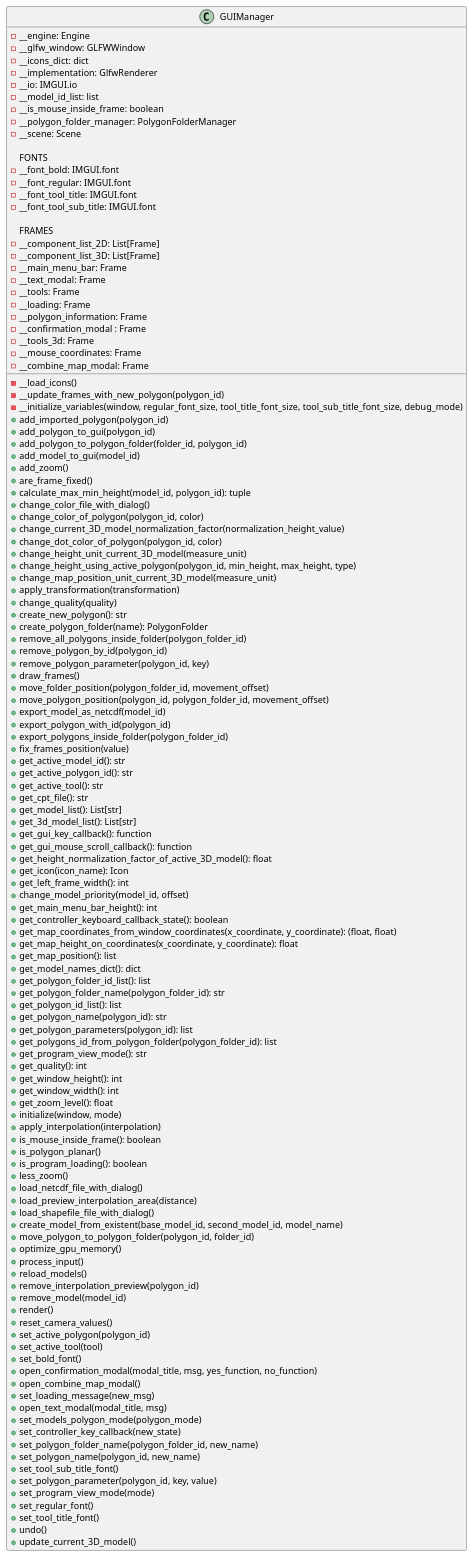
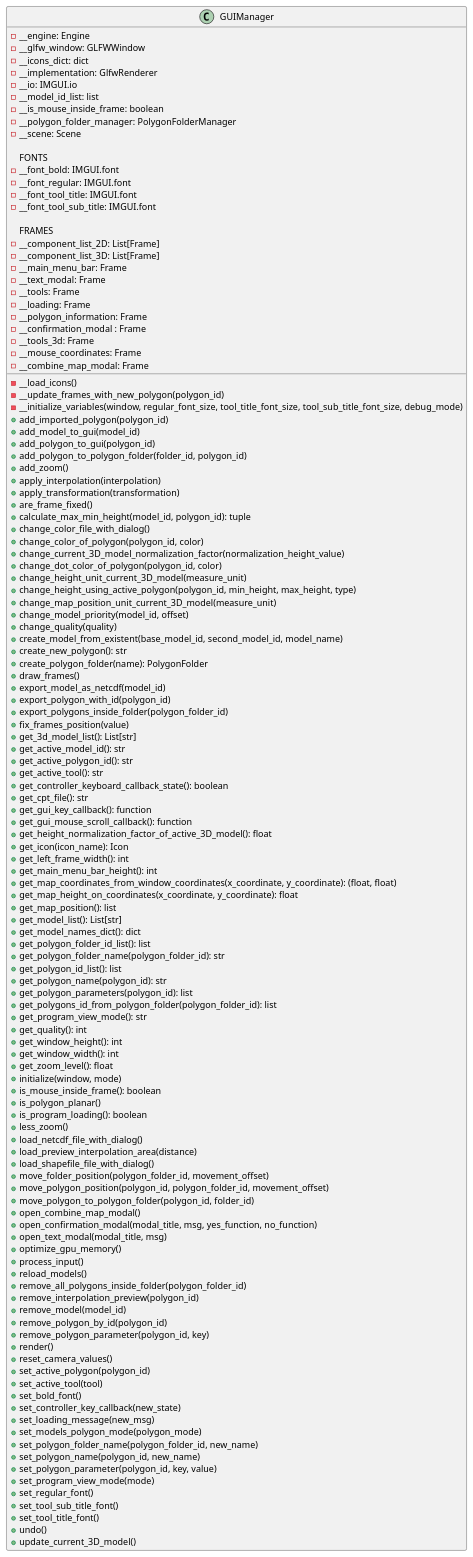
Before and after one commit to SergioAlvarezM/Proyecto_de_Memoria: the diagram in docs/classes/GUIManager.puml, drawn with PlantUML. The commit also changed other lines of this file and 5 other files, not shown here.

```diff
--- a/docs/classes/GUIManager.puml
+++ b/docs/classes/GUIManager.puml
@@ -1,130 +1,130 @@
 @startuml
 'https://plantuml.com/class-diagram
 class GUIManager{
     - __engine: Engine
     - __glfw_window: GLFWWindow
     - __icons_dict: dict
     - __implementation: GlfwRenderer
     - __io: IMGUI.io
     - __model_id_list: list
     - __is_mouse_inside_frame: boolean
     - __polygon_folder_manager: PolygonFolderManager
     - __scene: Scene
 
     FONTS
     - __font_bold: IMGUI.font
     - __font_regular: IMGUI.font
     - __font_tool_title: IMGUI.font
     - __font_tool_sub_title: IMGUI.font
 
     FRAMES
     - __component_list_2D: List[Frame]
     - __component_list_3D: List[Frame]
     - __main_menu_bar: Frame
     - __text_modal: Frame
     - __tools: Frame
     - __loading: Frame
     - __polygon_information: Frame
     - __confirmation_modal : Frame
     - __tools_3d: Frame
     - __mouse_coordinates: Frame
     - __combine_map_modal: Frame
 
     - __load_icons()
     - __update_frames_with_new_polygon(polygon_id)
     - __initialize_variables(window, regular_font_size, tool_title_font_size, tool_sub_title_font_size, debug_mode)
     + add_imported_polygon(polygon_id)
+    + add_model_to_gui(model_id)
     + add_polygon_to_gui(polygon_id)
     + add_polygon_to_polygon_folder(folder_id, polygon_id)
-    + add_model_to_gui(model_id)
     + add_zoom()
+    + apply_interpolation(interpolation)
+    + apply_transformation(transformation)
     + are_frame_fixed()
     + calculate_max_min_height(model_id, polygon_id): tuple
     + change_color_file_with_dialog()
     + change_color_of_polygon(polygon_id, color)
     + change_current_3D_model_normalization_factor(normalization_height_value)
     + change_dot_color_of_polygon(polygon_id, color)
     + change_height_unit_current_3D_model(measure_unit)
     + change_height_using_active_polygon(polygon_id, min_height, max_height, type)
     + change_map_position_unit_current_3D_model(measure_unit)
-    + apply_transformation(transformation)
+    + change_model_priority(model_id, offset)
     + change_quality(quality)
+    + create_model_from_existent(base_model_id, second_model_id, model_name)
     + create_new_polygon(): str
     + create_polygon_folder(name): PolygonFolder
-    + remove_all_polygons_inside_folder(polygon_folder_id)
-    + remove_polygon_by_id(polygon_id)
-    + remove_polygon_parameter(polygon_id, key)
     + draw_frames()
-    + move_folder_position(polygon_folder_id, movement_offset)
-    + move_polygon_position(polygon_id, polygon_folder_id, movement_offset)
     + export_model_as_netcdf(model_id)
     + export_polygon_with_id(polygon_id)
     + export_polygons_inside_folder(polygon_folder_id)
     + fix_frames_position(value)
+    + get_3d_model_list(): List[str]
     + get_active_model_id(): str
     + get_active_polygon_id(): str
     + get_active_tool(): str
+    + get_controller_keyboard_callback_state(): boolean
     + get_cpt_file(): str
-    + get_model_list(): List[str]
-    + get_3d_model_list(): List[str]
     + get_gui_key_callback(): function
     + get_gui_mouse_scroll_callback(): function
     + get_height_normalization_factor_of_active_3D_model(): float
     + get_icon(icon_name): Icon
     + get_left_frame_width(): int
-    + change_model_priority(model_id, offset)
     + get_main_menu_bar_height(): int
-    + get_controller_keyboard_callback_state(): boolean
     + get_map_coordinates_from_window_coordinates(x_coordinate, y_coordinate): (float, float)
     + get_map_height_on_coordinates(x_coordinate, y_coordinate): float
     + get_map_position(): list
+    + get_model_list(): List[str]
     + get_model_names_dict(): dict
     + get_polygon_folder_id_list(): list
     + get_polygon_folder_name(polygon_folder_id): str
     + get_polygon_id_list(): list
     + get_polygon_name(polygon_id): str
     + get_polygon_parameters(polygon_id): list
     + get_polygons_id_from_polygon_folder(polygon_folder_id): list
     + get_program_view_mode(): str
     + get_quality(): int
     + get_window_height(): int
     + get_window_width(): int
     + get_zoom_level(): float
     + initialize(window, mode)
-    + apply_interpolation(interpolation)
     + is_mouse_inside_frame(): boolean
     + is_polygon_planar()
     + is_program_loading(): boolean
     + less_zoom()
     + load_netcdf_file_with_dialog()
     + load_preview_interpolation_area(distance)
     + load_shapefile_file_with_dialog()
-    + create_model_from_existent(base_model_id, second_model_id, model_name)
+    + move_folder_position(polygon_folder_id, movement_offset)
+    + move_polygon_position(polygon_id, polygon_folder_id, movement_offset)
     + move_polygon_to_polygon_folder(polygon_id, folder_id)
+    + open_combine_map_modal()
+    + open_confirmation_modal(modal_title, msg, yes_function, no_function)
+    + open_text_modal(modal_title, msg)
     + optimize_gpu_memory()
     + process_input()
     + reload_models()
+    + remove_all_polygons_inside_folder(polygon_folder_id)
     + remove_interpolation_preview(polygon_id)
     + remove_model(model_id)
+    + remove_polygon_by_id(polygon_id)
+    + remove_polygon_parameter(polygon_id, key)
     + render()
     + reset_camera_values()
     + set_active_polygon(polygon_id)
     + set_active_tool(tool)
     + set_bold_font()
-    + open_confirmation_modal(modal_title, msg, yes_function, no_function)
-    + open_combine_map_modal()
+    + set_controller_key_callback(new_state)
     + set_loading_message(new_msg)
-    + open_text_modal(modal_title, msg)
     + set_models_polygon_mode(polygon_mode)
-    + set_controller_key_callback(new_state)
     + set_polygon_folder_name(polygon_folder_id, new_name)
     + set_polygon_name(polygon_id, new_name)
-    + set_tool_sub_title_font()
     + set_polygon_parameter(polygon_id, key, value)
     + set_program_view_mode(mode)
     + set_regular_font()
+    + set_tool_sub_title_font()
     + set_tool_title_font()
     + undo()
     + update_current_3D_model()
 }
 @enduml
```
